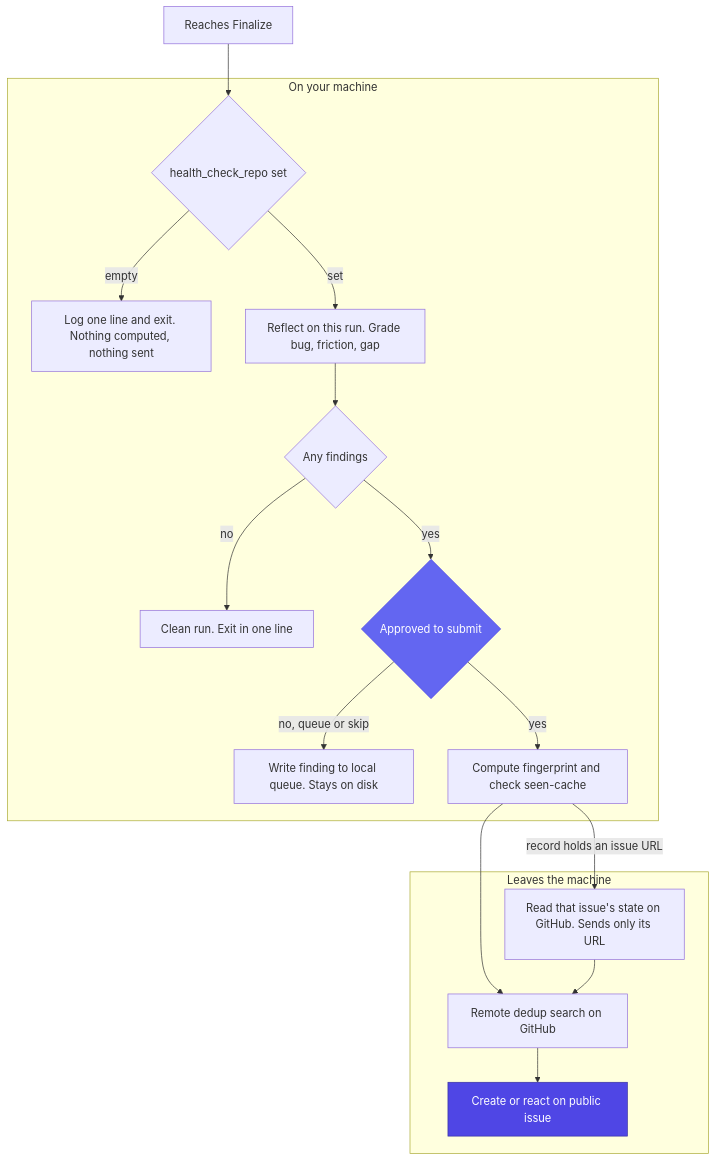
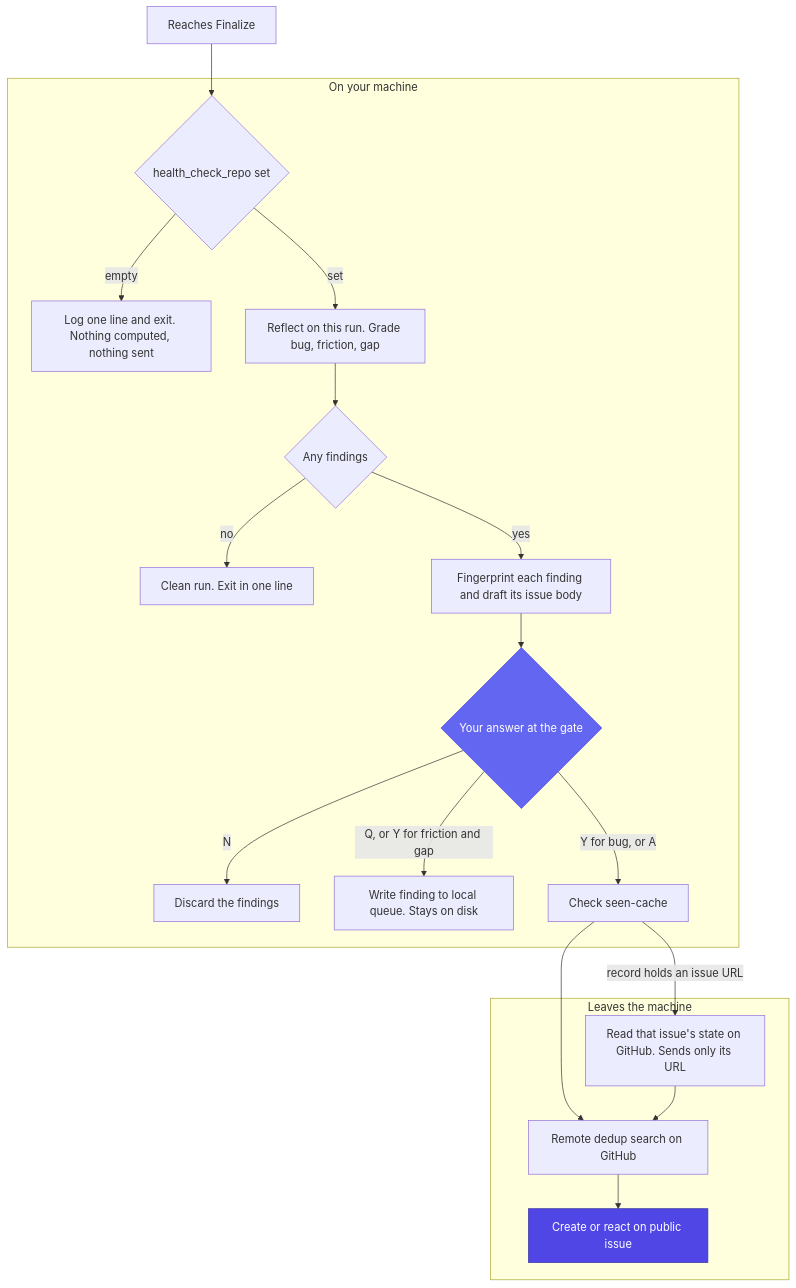
Before and after one commit to armelhbobdad/bmad-module-ultracode-goal: the diagram in docs/health-check.md, drawn with Mermaid. The commit also changed other lines of this file and 17 other files, not shown here.

````diff
--- a/docs/health-check.md
+++ b/docs/health-check.md
@@ -32,36 +32,40 @@
 ```mermaid
 flowchart TD
     Start["Reaches Finalize"] --> Enabled{"health_check_repo set"}
     Enabled -->|"empty"| Off["Log one line and exit. Nothing computed, nothing sent"]
     Enabled -->|"set"| Reflect["Reflect on this run. Grade bug, friction, gap"]
     Reflect --> Clean{"Any findings"}
     Clean -->|"no"| Done["Clean run. Exit in one line"]
-    Clean -->|"yes"| Gate{"Approved to submit"}
-    Gate -->|"no, queue or skip"| Queue["Write finding to local queue. Stays on disk"]
-    Gate -->|"yes"| Fp["Compute fingerprint and check seen-cache"]
+    Clean -->|"yes"| Draft["Fingerprint each finding and draft its issue body"]
+    Draft --> Gate{"Your answer at the gate"}
+    Gate -->|"N"| Discard["Discard the findings"]
+    Gate -->|"Q, or Y for friction and gap"| Queue["Write finding to local queue. Stays on disk"]
+    Gate -->|"Y for bug, or A"| Fp["Check seen-cache"]
     Fp --> Search["Remote dedup search on GitHub"]
     Fp -->|"record holds an issue URL"| State["Read that issue's state on GitHub. Sends only its URL"]
     State --> Search
     Search --> Create["Create or react on public issue"]
 
     subgraph local["On your machine"]
         Enabled
         Off
         Reflect
         Clean
         Done
+        Draft
         Gate
+        Discard
         Queue
         Fp
     end
     subgraph net["Leaves the machine"]
         State
         Search
         Create
     end
 
     classDef accent fill:#6366F1,stroke:#4F46E5,color:#fff
     classDef verdict fill:#4F46E5,stroke:#3730A3,color:#fff
     class Gate accent
     class Create verdict
 ```
````
